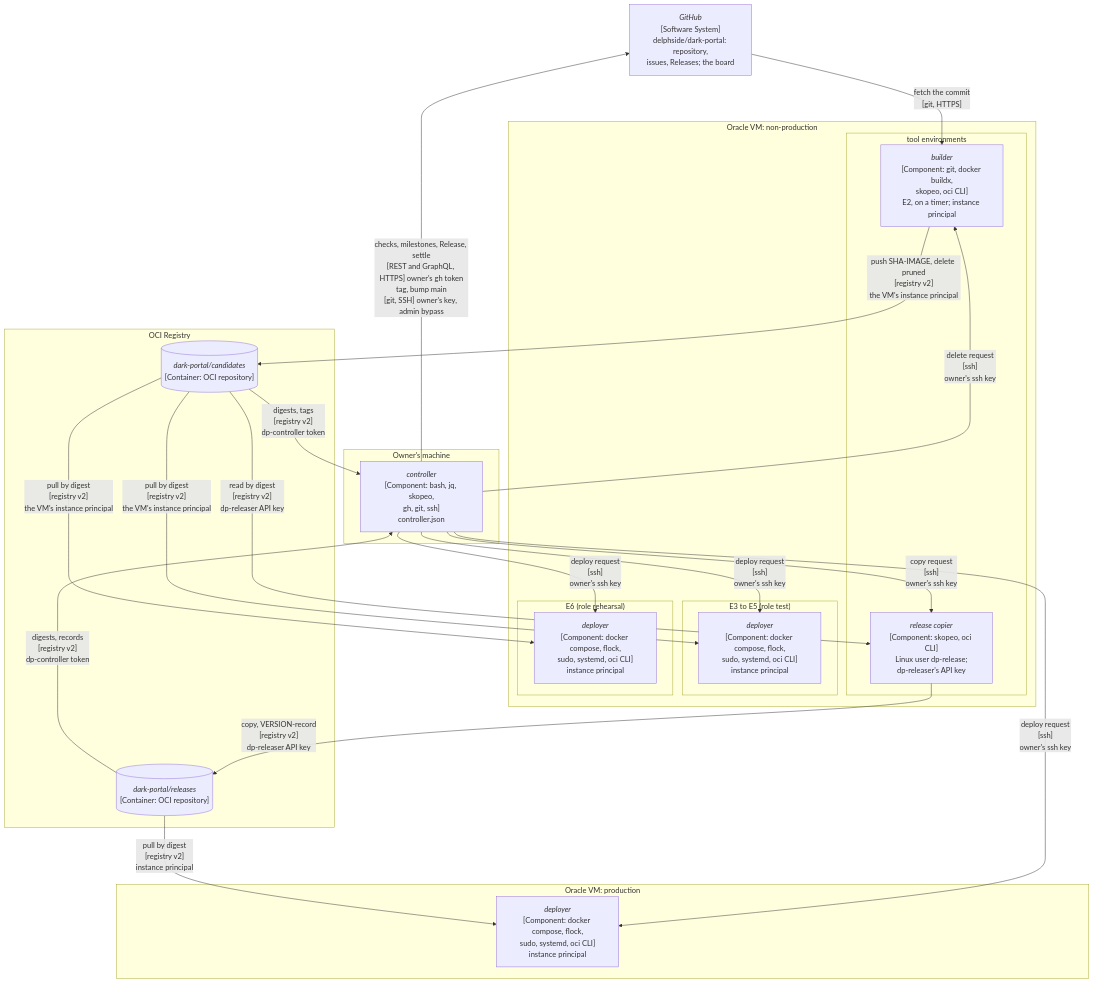
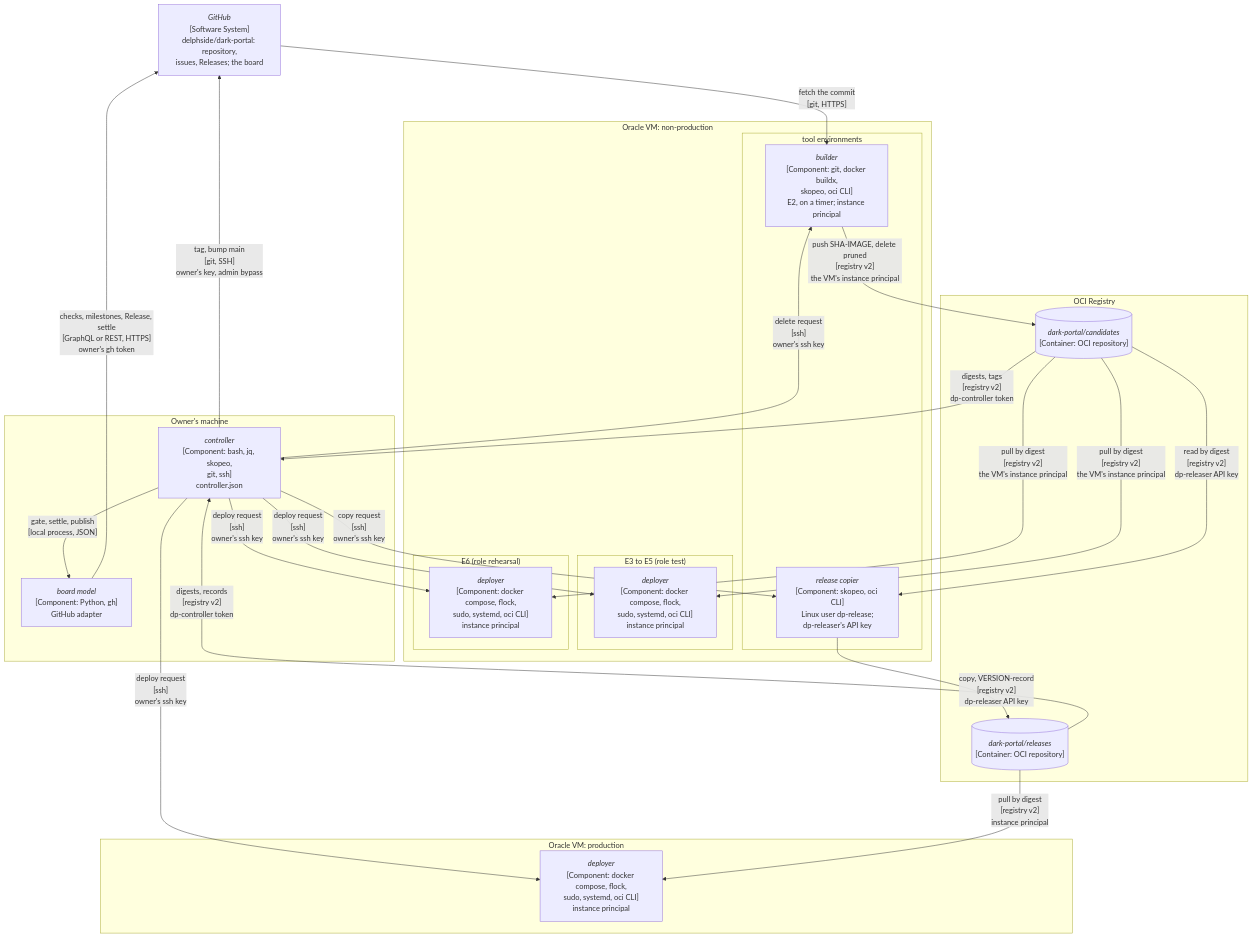
One commit to delphside/programme changed the fourth of 6 diagrams in records/2.5-changes/programme-tooling/117-generic-deliver-tool/design.md. Above: the diagram before and after it, drawn with Mermaid. The commit also changed other lines of this file, not shown here.

Commit message:
Change 117: show the board model as the controller's GitHub adapter
The owner, 2026-11-08: a small box beside the component calling it, in
the deployment views.

Refs #117

Claude-Session: https://claude.ai/code/session_014C8pM72TmZwJEuKhePejaa

````diff
--- a/records/2.5-changes/programme-tooling/117-generic-deliver-tool/design.md
+++ b/records/2.5-changes/programme-tooling/117-generic-deliver-tool/design.md
@@ -239,41 +242,44 @@
 ```mermaid
 flowchart TB
   GH["<i>GitHub</i><br>[Software System]<br>delphside/dark-portal: repository,<br>issues, Releases; the board"]
   subgraph OWNER["Owner's machine"]
-    CTL["<i>controller</i><br>[Component: bash, jq, skopeo,<br>gh, git, ssh]<br>controller.json"]
+    CTL["<i>controller</i><br>[Component: bash, jq, skopeo,<br>git, ssh]<br>controller.json"]
+    BM["<i>board model</i><br>[Component: Python, gh]<br>GitHub adapter"]
   end
   subgraph OCIR["OCI Registry"]
     CAND[("<i>dark-portal/candidates</i><br>[Container: OCI repository]")]
     REL[("<i>dark-portal/releases</i><br>[Container: OCI repository]")]
   end
   subgraph NONPROD["Oracle VM: non-production"]
     subgraph TOOLS["tool environments"]
       BLD["<i>builder</i><br>[Component: git, docker buildx,<br>skopeo, oci CLI]<br>E2, on a timer; instance principal"]
       COPY["<i>release copier</i><br>[Component: skopeo, oci CLI]<br>Linux user dp-release;<br>dp-releaser's API key"]
     end
     subgraph TEST["E3 to E5 (role test)"]
       DEPT["<i>deployer</i><br>[Component: docker compose, flock,<br>sudo, systemd, oci CLI]<br>instance principal"]
     end
     subgraph REH["E6 (role rehearsal)"]
       DEPR["<i>deployer</i><br>[Component: docker compose, flock,<br>sudo, systemd, oci CLI]<br>instance principal"]
     end
   end
   subgraph PRODVM["Oracle VM: production"]
     DEPX["<i>deployer</i><br>[Component: docker compose, flock,<br>sudo, systemd, oci CLI]<br>instance principal"]
   end
   GH -->|"fetch the commit<br>[git, HTTPS]"| BLD
-  CTL -->|"checks, milestones, Release, settle<br>[REST and GraphQL, HTTPS] owner's gh token<br>tag, bump main<br>[git, SSH] owner's key, admin bypass"| GH
+  CTL -->|"gate, settle, publish<br>[local process, JSON]"| BM
+  BM -->|"checks, milestones, Release, settle<br>[GraphQL or REST, HTTPS]<br>owner's gh token"| GH
+  CTL -->|"tag, bump main<br>[git, SSH]<br>owner's key, admin bypass"| GH
   BLD -->|"push SHA-IMAGE, delete pruned<br>[registry v2]<br>the VM's instance principal"| CAND
   CAND -->|"digests, tags<br>[registry v2]<br>dp-controller token"| CTL
   REL -->|"digests, records<br>[registry v2]<br>dp-controller token"| CTL
   CTL -->|"delete request<br>[ssh]<br>owner's ssh key"| BLD
   CTL -->|"copy request<br>[ssh]<br>owner's ssh key"| COPY
   CAND -->|"read by digest<br>[registry v2]<br>dp-releaser API key"| COPY
   COPY -->|"copy, VERSION-record<br>[registry v2]<br>dp-releaser API key"| REL
   CTL -->|"deploy request<br>[ssh]<br>owner's ssh key"| DEPT
   CTL -->|"deploy request<br>[ssh]<br>owner's ssh key"| DEPR
   CTL -->|"deploy request<br>[ssh]<br>owner's ssh key"| DEPX
   CAND -->|"pull by digest<br>[registry v2]<br>the VM's instance principal"| DEPT
   CAND -->|"pull by digest<br>[registry v2]<br>the VM's instance principal"| DEPR
   REL -->|"pull by digest<br>[registry v2]<br>instance principal"| DEPX
 ```
````
